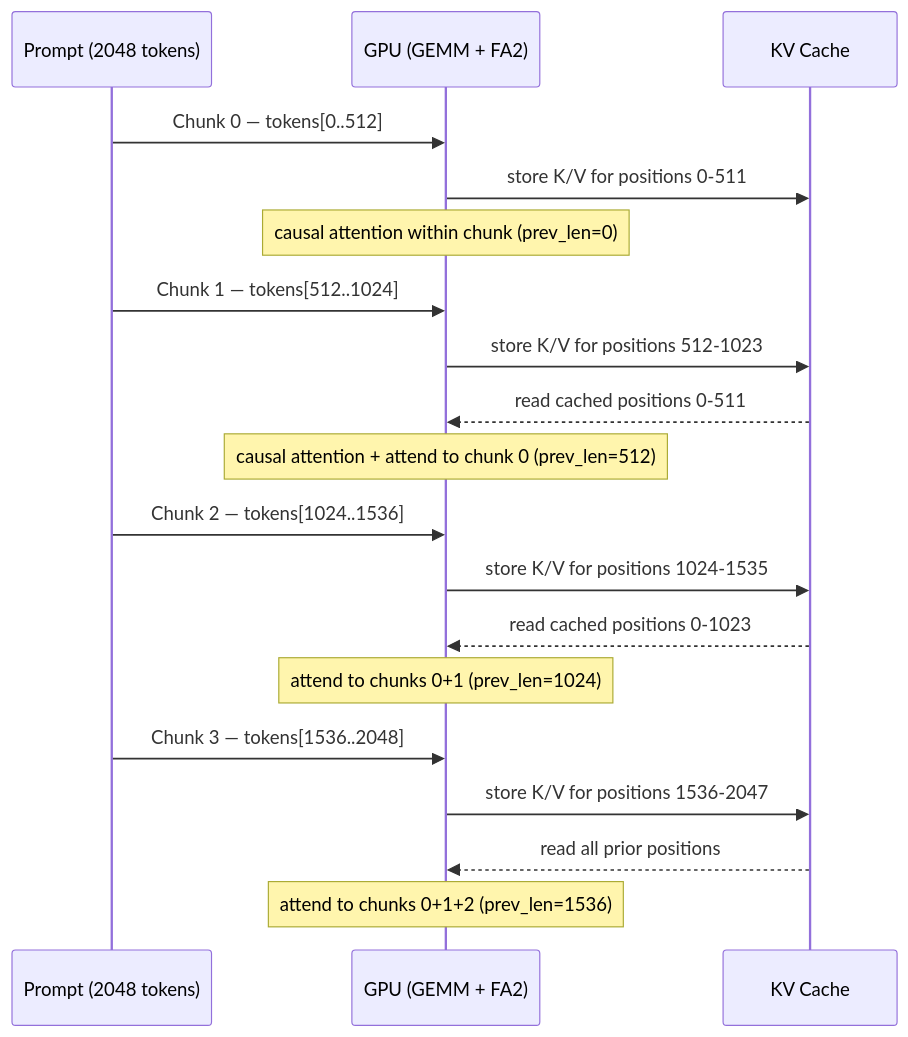
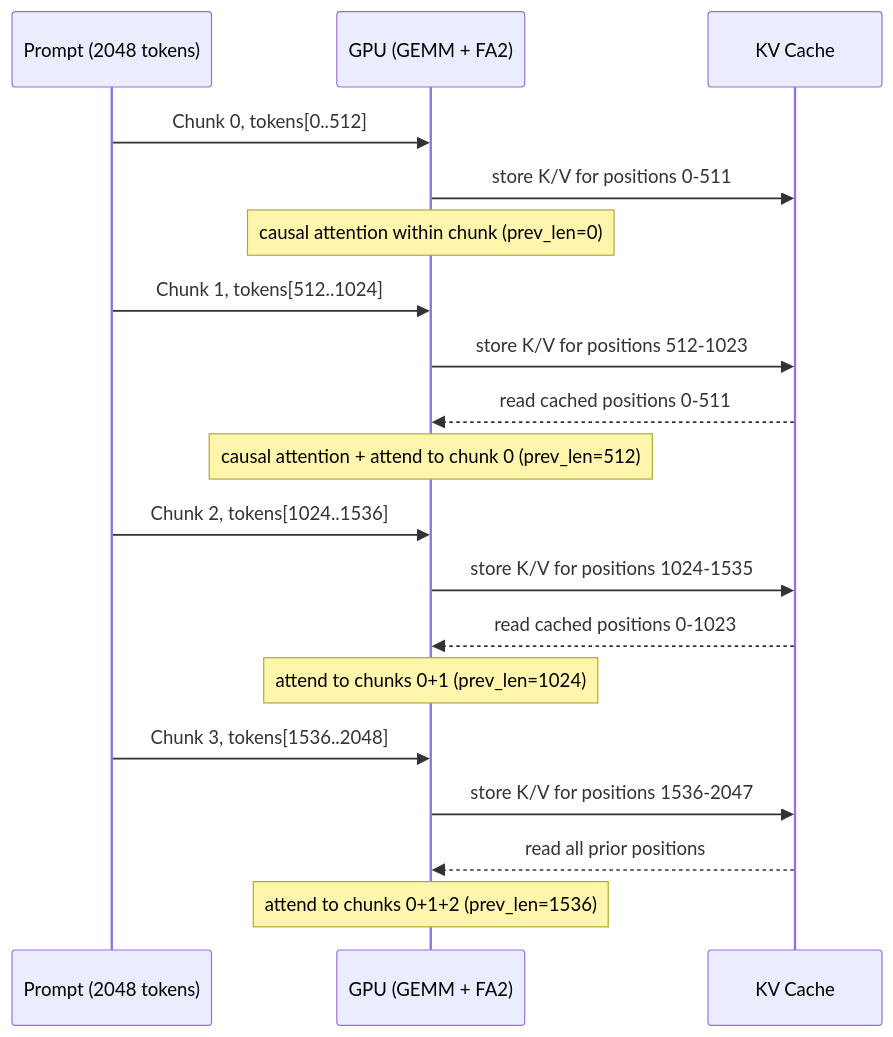
One commit to maci0/agave changed the fifth of 7 diagrams in docs/tutorial/05-memory-and-caching.md. Above: the diagram before and after it, drawn with Mermaid. The commit also changed other lines of this file and 196 other files, not shown here.

````diff
--- a/docs/tutorial/05-memory-and-caching.md
+++ b/docs/tutorial/05-memory-and-caching.md
@@ -327,27 +327,27 @@
 ```mermaid
 sequenceDiagram
     participant P as Prompt (2048 tokens)
     participant G as GPU (GEMM + FA2)
     participant K as KV Cache
 
-    P->>G: Chunk 0 — tokens[0..512]
+    P->>G: Chunk 0, tokens[0..512]
     G->>K: store K/V for positions 0-511
     Note over G: causal attention within chunk (prev_len=0)
 
-    P->>G: Chunk 1 — tokens[512..1024]
+    P->>G: Chunk 1, tokens[512..1024]
     G->>K: store K/V for positions 512-1023
     K-->>G: read cached positions 0-511
     Note over G: causal attention + attend to chunk 0 (prev_len=512)
 
-    P->>G: Chunk 2 — tokens[1024..1536]
+    P->>G: Chunk 2, tokens[1024..1536]
     G->>K: store K/V for positions 1024-1535
     K-->>G: read cached positions 0-1023
     Note over G: attend to chunks 0+1 (prev_len=1024)
 
-    P->>G: Chunk 3 — tokens[1536..2048]
+    P->>G: Chunk 3, tokens[1536..2048]
     G->>K: store K/V for positions 1536-2047
     K-->>G: read all prior positions
     Note over G: attend to chunks 0+1+2 (prev_len=1536)
 
 
 ```
````
